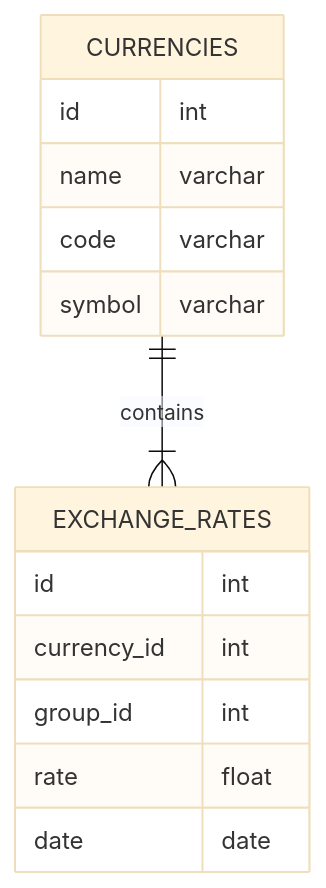
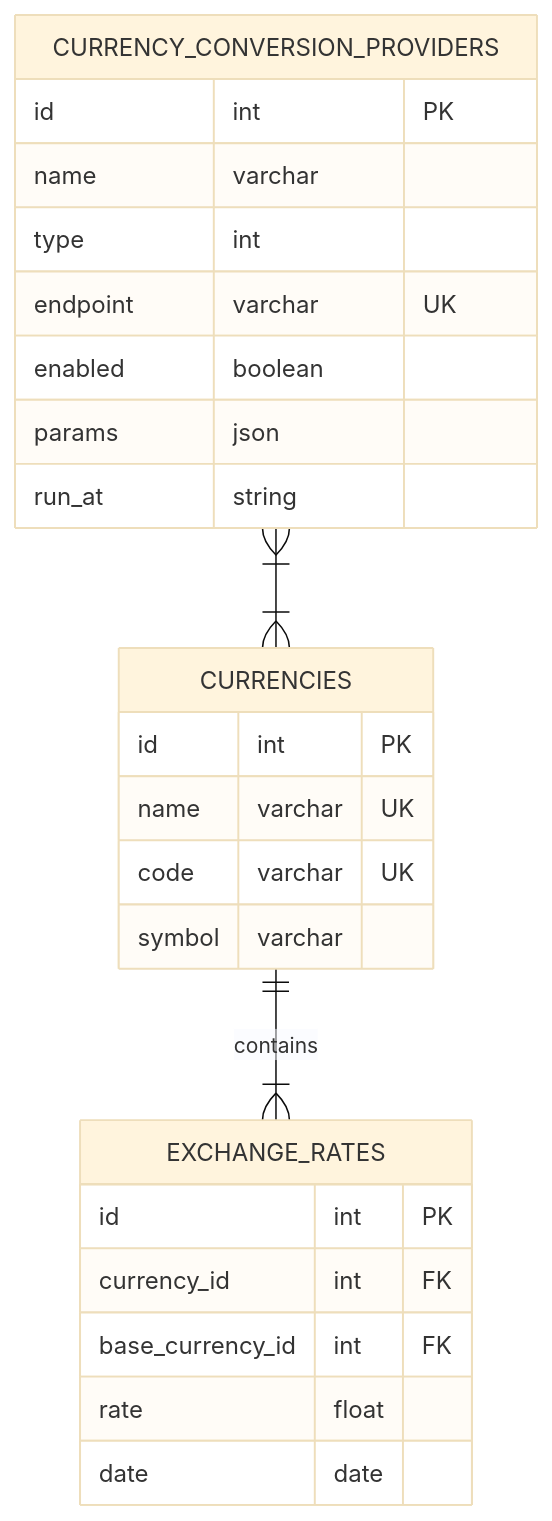
Before and after one commit to prulloac/fineasy: the third of 5 diagrams in docs/SCHEMA.md, drawn with Mermaid (base theme). The commit also changed 20 other files, not shown here.

````diff
--- a/docs/SCHEMA.md
+++ b/docs/SCHEMA.md
@@ -158,21 +158,32 @@
 ```mermaid
 
 erDiagram
     CURRENCIES {
-        id int
-        name varchar
-        code varchar
+        id int PK
+        name varchar UK
+        code varchar UK
         symbol varchar
     }
 
     EXCHANGE_RATES {
-        id int
-        currency_id int
-        group_id int
+        id int PK
+        currency_id int FK 
+        base_currency_id int FK
         rate float
         date date
     }
 
+    CURRENCY_CONVERSION_PROVIDERS {
+        id int PK
+        name varchar
+        type int
+        endpoint varchar UK
+        enabled boolean
+        params json
+        run_at string
+    }
+
     CURRENCIES ||--|{ EXCHANGE_RATES : contains
+    CURRENCY_CONVERSION_PROVIDERS }|--|{ CURRENCIES : ""
 
 ```
````
